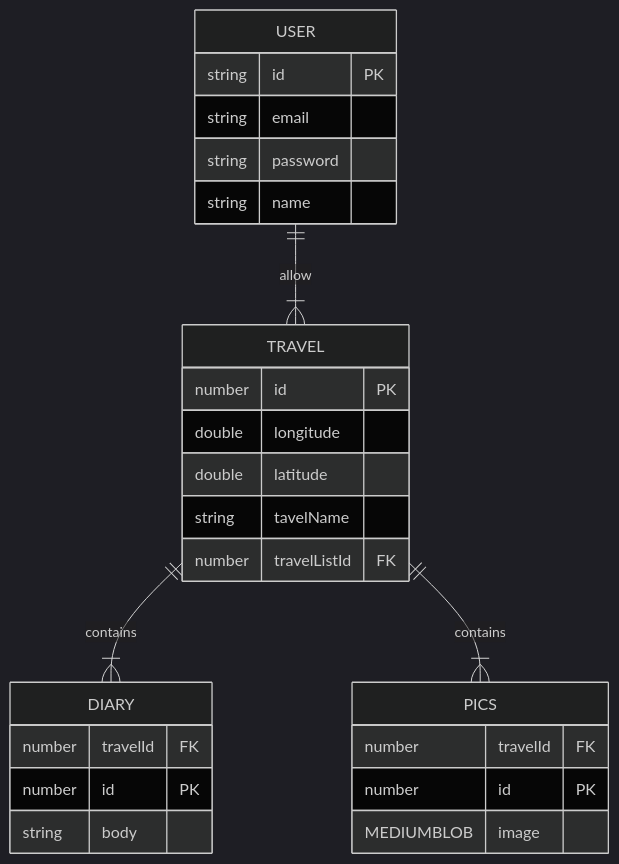
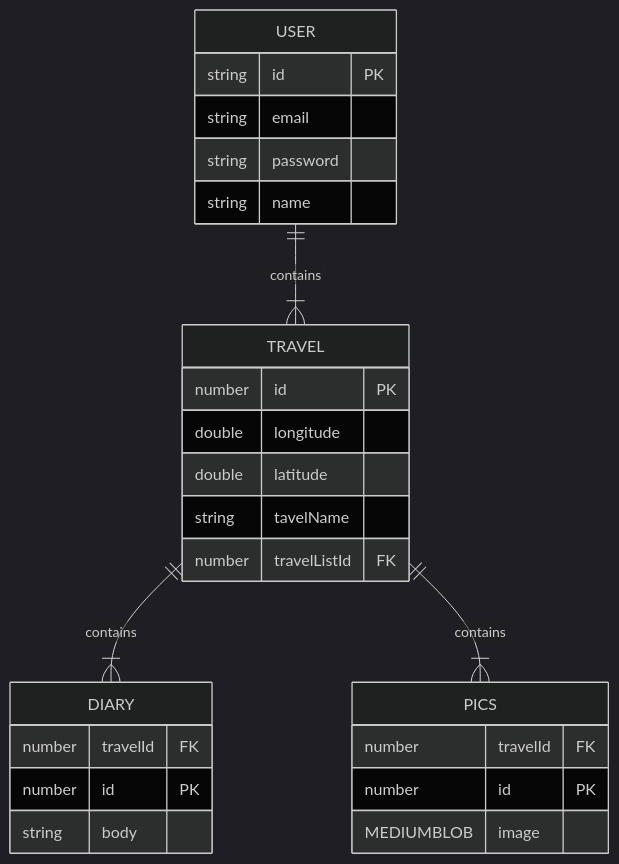
The diagram in README.md (KMUlee/nestjs-intertravel), drawn with Mermaid (dark theme) before and after one commit.

````diff
--- a/README.md
+++ b/README.md
@@ -15,35 +15,35 @@
 ```mermaid
 erDiagram
-    USER ||--|{ TRAVEL : allow
+    USER ||--|{ TRAVEL : contains
     TRAVEL || -- |{ DIARY : contains
     TRAVEL || -- |{ PICS : contains
 
 
     USER {
       string id PK
       string email
       string password
       string name
     }
 
 
     TRAVEL {
       number id PK
       double longitude
       double latitude
       string tavelName
       number travelListId FK
     }
 
     DIARY {
       number travelId FK
       number id PK
       string body
     }
 
     PICS {
       number travelId FK
       number id PK
       MEDIUMBLOB image
     }
 ```
````
